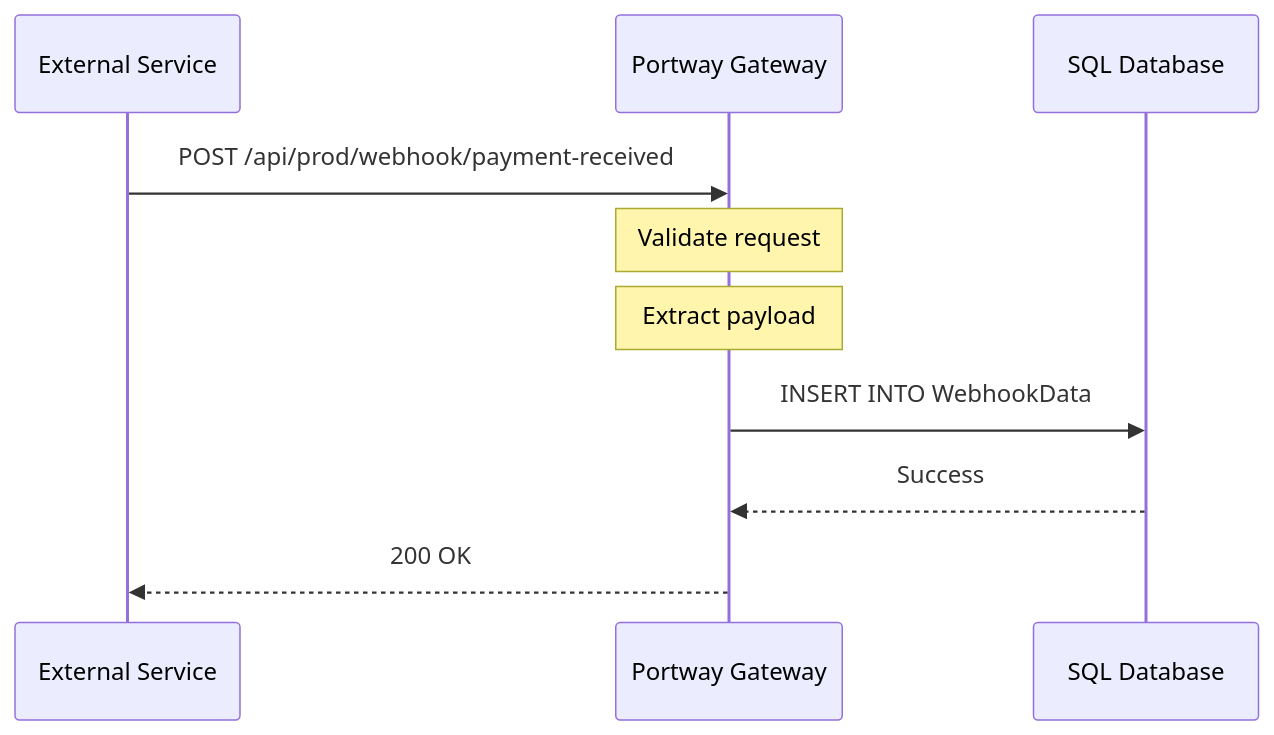
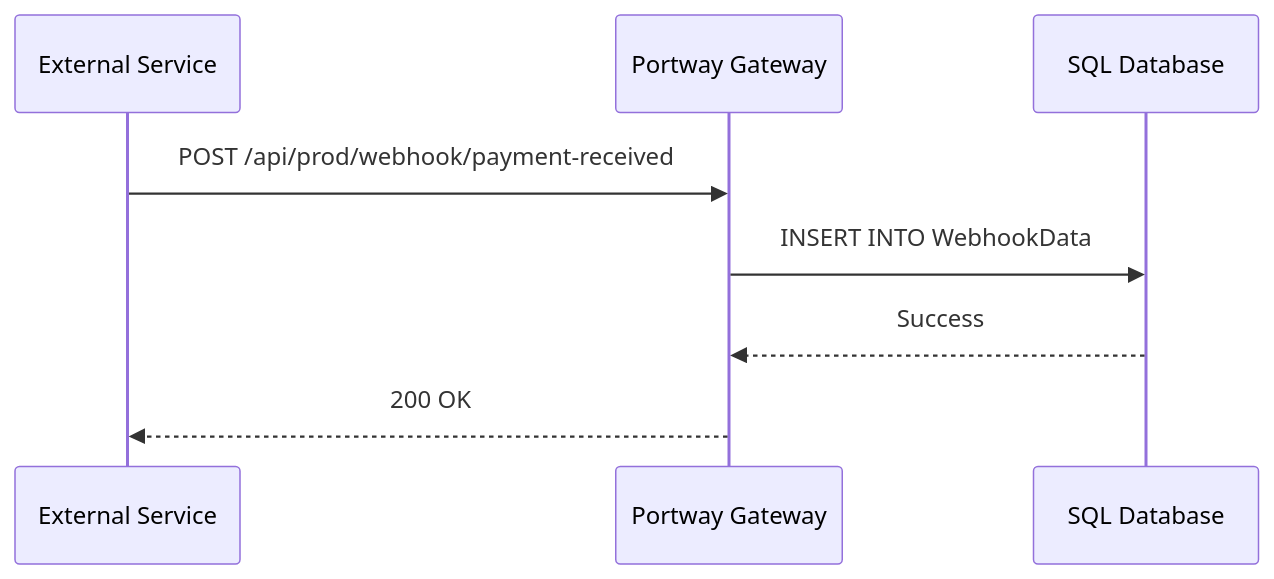
The diagram in Documentation/docs/guide/endpoints-webhook.md (melosso/portway), drawn with Mermaid before and after one commit. The commit also changed other lines of this file and 46 other files, not shown here.

````diff
--- a/Documentation/docs/guide/endpoints-webhook.md
+++ b/Documentation/docs/guide/endpoints-webhook.md
@@ -18,13 +7,11 @@
 ```mermaid
 sequenceDiagram
     participant External as External Service
     participant Portway as Portway Gateway
     participant DB as SQL Database
-    
+
     External->>Portway: POST /api/prod/webhook/payment-received
-    Note over Portway: Validate request
-    Note over Portway: Extract payload
     Portway->>DB: INSERT INTO WebhookData
     DB-->>Portway: Success
     Portway-->>External: 200 OK
 ```
````
